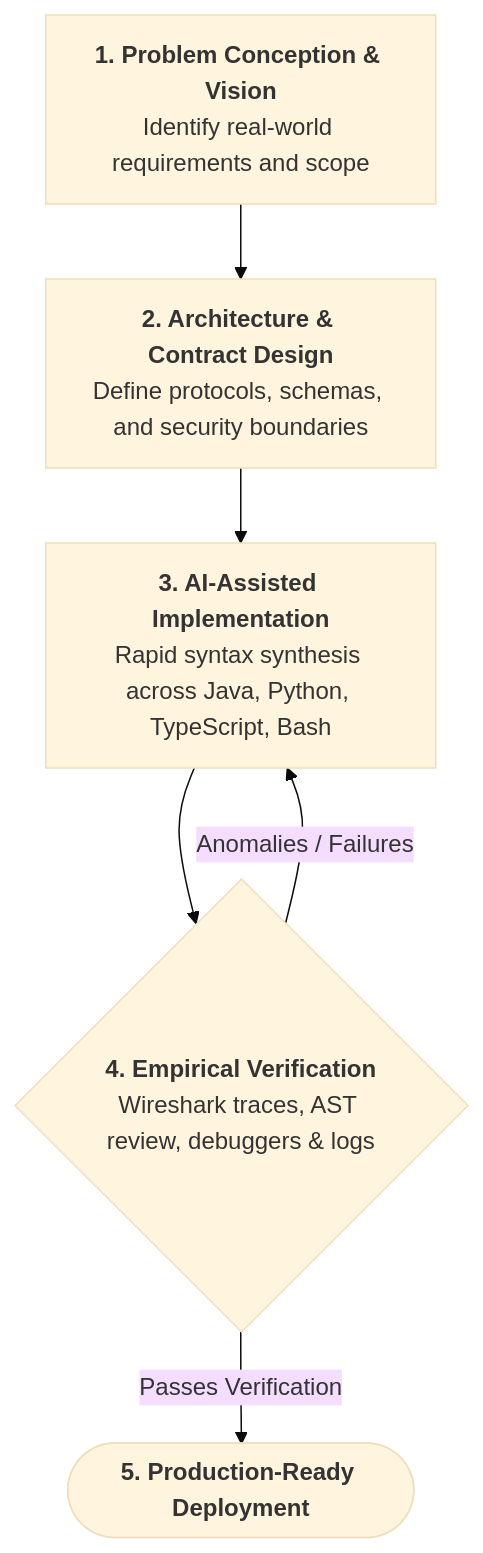
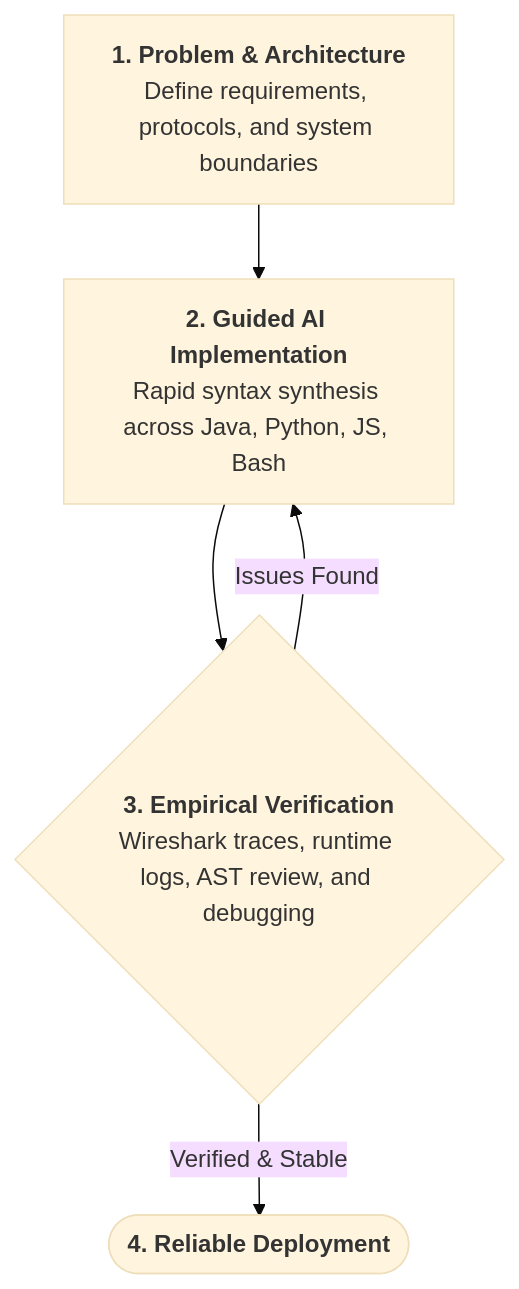
Before and after one commit to powsyjowlsy/powsyjowlsy: the diagram in README.md, drawn with Mermaid (base theme). The commit also changed other lines of this file, not shown here.

````diff
--- a/README.md
+++ b/README.md
@@ -26,8 +29,7 @@
 ```mermaid
 flowchart TD
-    A["<b>1. Problem Conception & Vision</b><br/>Identify real-world requirements and scope"] --> B["<b>2. Architecture & Contract Design</b><br/>Define protocols, schemas, and security boundaries"]
-    B --> C["<b>3. AI-Assisted Implementation</b><br/>Rapid syntax synthesis across Java, Python, TypeScript, Bash"]
-    C --> D{"<b>4. Empirical Verification</b><br/>Wireshark traces, AST review, debuggers & logs"}
-    D -- "Anomalies / Failures" --> C
-    D -- "Passes Verification" --> E(["<b>5. Production-Ready Deployment</b>"])
+    A["<b>1. Problem & Architecture</b><br/>Define requirements, protocols, and system boundaries"] --> B["<b>2. Guided AI Implementation</b><br/>Rapid syntax synthesis across Java, Python, JS, Bash"]
+    B --> C{"<b>3. Empirical Verification</b><br/>Wireshark traces, runtime logs, AST review, and debugging"}
+    C -- "Issues Found" --> B
+    C -- "Verified & Stable" --> D(["<b>4. Reliable Deployment</b>"])
 ```
````
